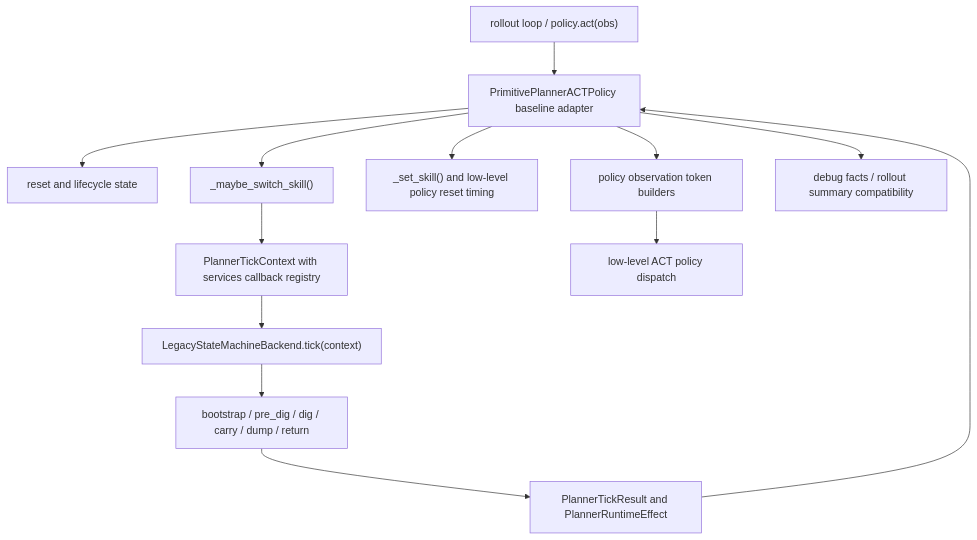
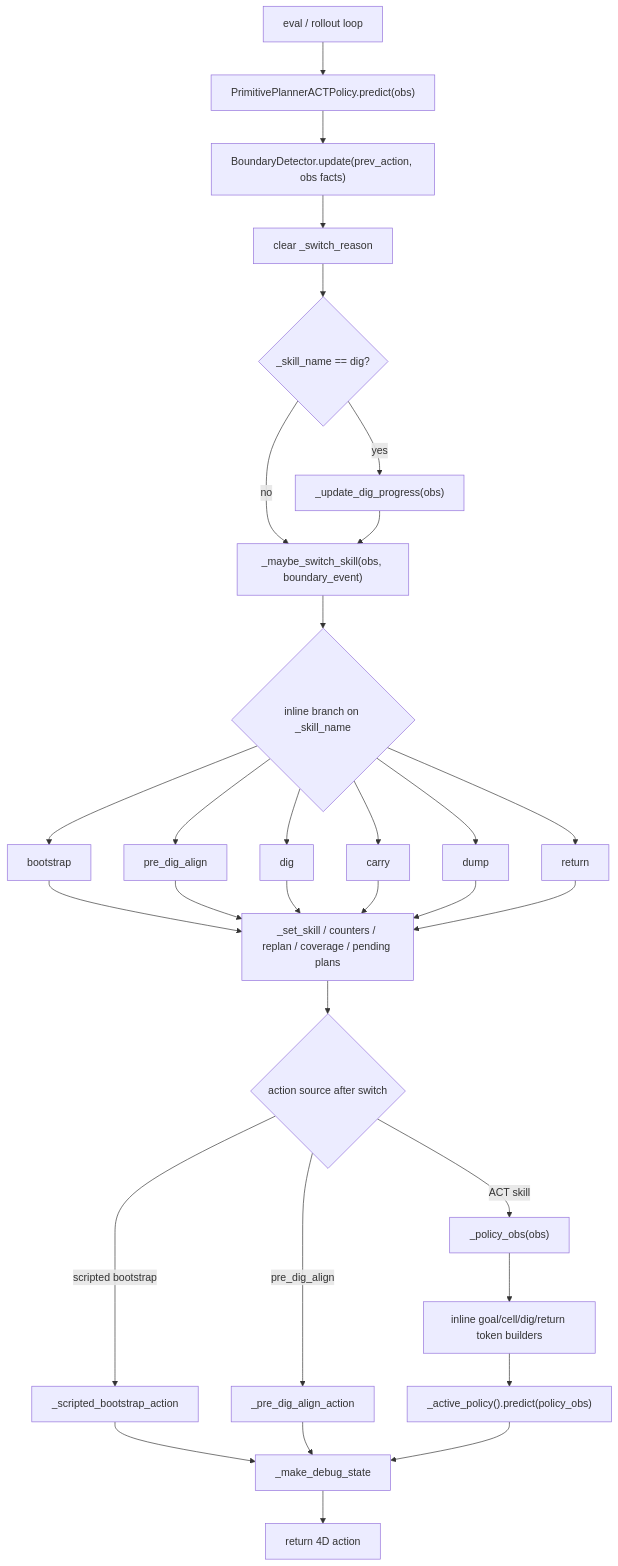
One commit to xtt001/excavator_testbed changed the first of 2 diagrams in docs/planner_baseline_architecture_map.md. Above: the diagram before and after it, drawn with Mermaid. The commit also changed other lines of this file and 167 other files, not shown here.

````diff
--- a/docs/planner_baseline_architecture_map.md
+++ b/docs/planner_baseline_architecture_map.md
@@ -25,15 +63,33 @@
 ```mermaid
 flowchart TD
-    Rollout["rollout loop / policy.act(obs)"] --> Policy["PrimitivePlannerACTPolicy baseline adapter"]
-    Policy --> Reset["reset and lifecycle state"]
-    Policy --> Tick["_maybe_switch_skill()"]
-    Tick --> Context["PlannerTickContext with services callback registry"]
-    Context --> FSM["LegacyStateMachineBackend.tick(context)"]
-    FSM --> Branches["bootstrap / pre_dig / dig / carry / dump / return"]
-    Branches --> Result["PlannerTickResult and PlannerRuntimeEffect"]
-    Result --> Policy
-    Policy --> Skill["_set_skill() and low-level policy reset timing"]
-    Policy --> Tokens["policy observation token builders"]
-    Tokens --> LowLevel["low-level ACT policy dispatch"]
-    Policy --> Debug["debug facts / rollout summary compatibility"]
+    Eval["eval / rollout loop"] --> Predict["PrimitivePlannerACTPolicy.predict(obs)"]
+    Predict --> Boundary["BoundaryDetector.update(prev_action, obs facts)"]
+    Boundary --> Reason["clear _switch_reason"]
+    Reason --> DigProgress{"_skill_name == dig?"}
+    DigProgress -->|yes| UpdateDig["_update_dig_progress(obs)"]
+    DigProgress -->|no| Switch
+    UpdateDig --> Switch["_maybe_switch_skill(obs, boundary_event)"]
+    Switch --> Branch{"inline branch on _skill_name"}
+    Branch --> Bootstrap["bootstrap"]
+    Branch --> PreDig["pre_dig_align"]
+    Branch --> Dig["dig"]
+    Branch --> Carry["carry"]
+    Branch --> Dump["dump"]
+    Branch --> Return["return"]
+    Bootstrap --> SideEffects["_set_skill / counters / replan / coverage / pending plans"]
+    PreDig --> SideEffects
+    Dig --> SideEffects
+    Carry --> SideEffects
+    Dump --> SideEffects
+    Return --> SideEffects
+    SideEffects --> Dispatch{"action source after switch"}
+    Dispatch -->|scripted bootstrap| Scripted["_scripted_bootstrap_action"]
+    Dispatch -->|pre_dig_align| Align["_pre_dig_align_action"]
+    Dispatch -->|ACT skill| PolicyObs["_policy_obs(obs)"]
+    PolicyObs --> Tokens["inline goal/cell/dig/return token builders"]
+    Tokens --> LowLevel["_active_policy().predict(policy_obs)"]
+    Scripted --> Debug["_make_debug_state"]
+    Align --> Debug
+    LowLevel --> Debug
+    Debug --> Action["return 4D action"]
 ```
````
